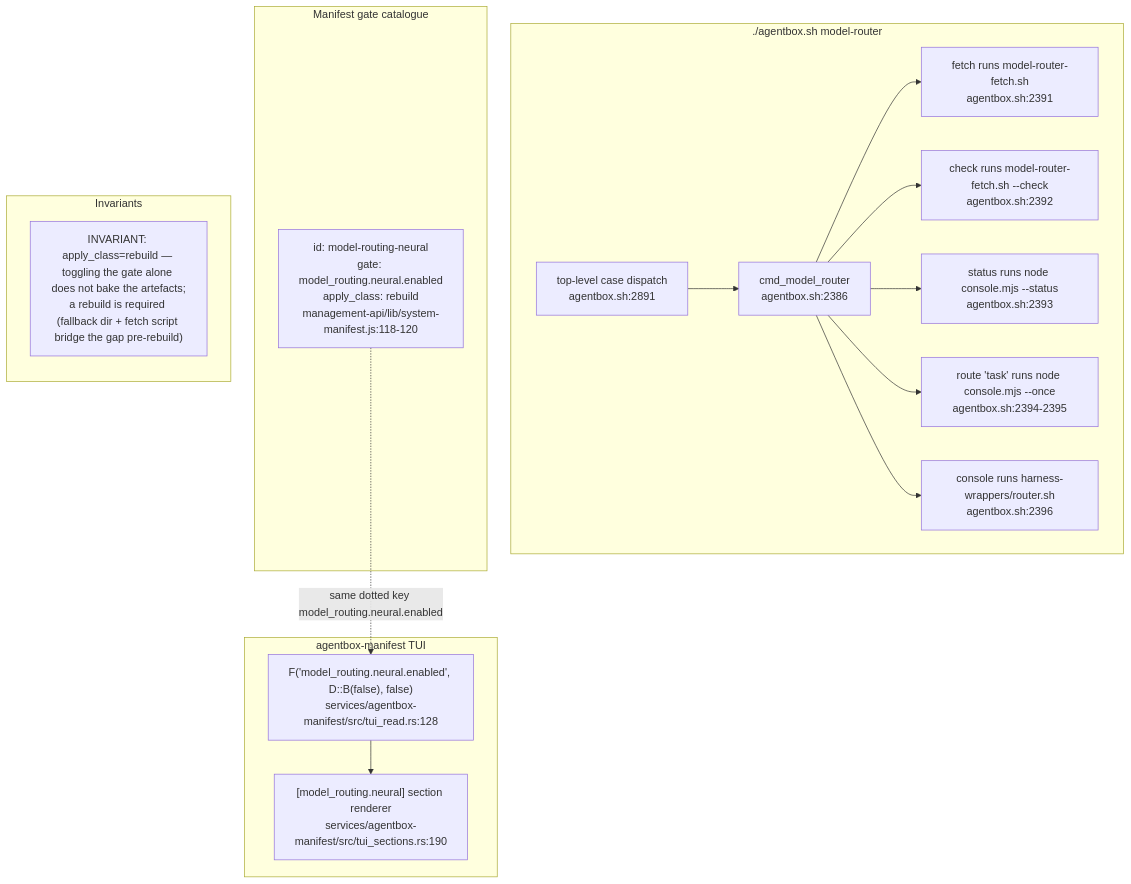
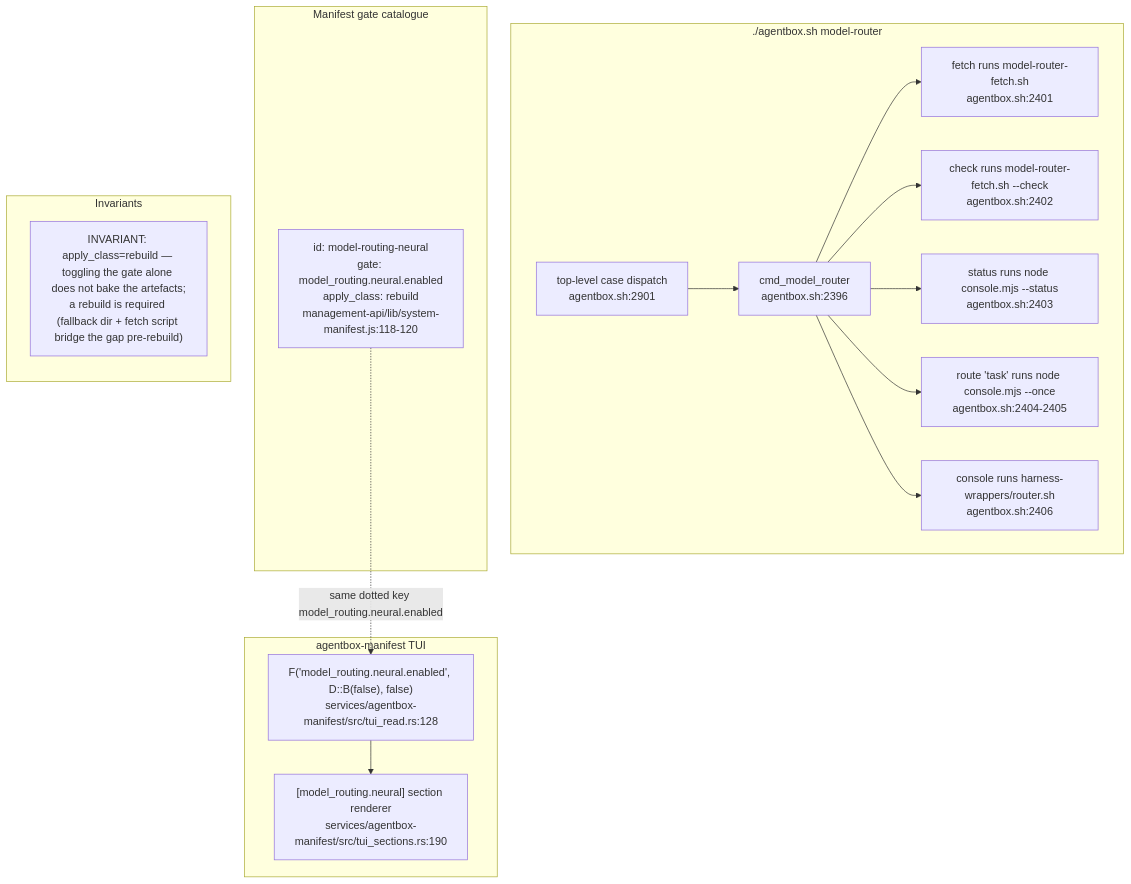
Before and after one commit to DreamLab-AI/VisionFlow: the eighth of 9 diagrams in docs/diagrams/agentbox/29-metaharness-router-console.md, drawn with Mermaid. The commit also changed other lines of this file and 7 other files, not shown here.

````diff
--- a/docs/diagrams/agentbox/29-metaharness-router-console.md
+++ b/docs/diagrams/agentbox/29-metaharness-router-console.md
@@ -281,32 +281,32 @@
 ```mermaid
 flowchart TB
     subgraph cli["./agentbox.sh model-router <sub>"]
-        CMD["cmd_model_router<br/>agentbox.sh:2386"]
-        FETCH2["fetch runs model-router-fetch.sh<br/>agentbox.sh:2391"]
-        CHECK2["check runs model-router-fetch.sh --check<br/>agentbox.sh:2392"]
-        STATUS2["status runs node console.mjs --status<br/>agentbox.sh:2393"]
-        ROUTE2["route 'task' runs node console.mjs --once<br/>agentbox.sh:2394-2395"]
-        CONSOLE2["console runs harness-wrappers/router.sh<br/>agentbox.sh:2396"]
-        DISPATCH["top-level case dispatch<br/>agentbox.sh:2891"]
+        CMD["cmd_model_router<br/>agentbox.sh:2396"]
+        FETCH2["fetch runs model-router-fetch.sh<br/>agentbox.sh:2401"]
+        CHECK2["check runs model-router-fetch.sh --check<br/>agentbox.sh:2402"]
+        STATUS2["status runs node console.mjs --status<br/>agentbox.sh:2403"]
+        ROUTE2["route 'task' runs node console.mjs --once<br/>agentbox.sh:2404-2405"]
+        CONSOLE2["console runs harness-wrappers/router.sh<br/>agentbox.sh:2406"]
+        DISPATCH["top-level case dispatch<br/>agentbox.sh:2901"]
     end
     subgraph catalogue["Manifest gate catalogue"]
         GATE["id: model-routing-neural<br/>gate: model_routing.neural.enabled<br/>apply_class: rebuild<br/>management-api/lib/system-manifest.js:118-120"]
     end
     subgraph tui["agentbox-manifest TUI"]
         READ["F('model_routing.neural.enabled', D::B(false), false)<br/>services/agentbox-manifest/src/tui_read.rs:128"]
         RENDER["[model_routing.neural] section renderer<br/>services/agentbox-manifest/src/tui_sections.rs:190"]
     end
     DISPATCH --> CMD
     CMD --> FETCH2
     CMD --> CHECK2
     CMD --> STATUS2
     CMD --> ROUTE2
     CMD --> CONSOLE2
     GATE -.->|"same dotted key model_routing.neural.enabled"| READ
     READ --> RENDER
     subgraph notes["Invariants"]
         direction TB
         N1["INVARIANT: apply_class=rebuild — toggling the gate alone does not bake the artefacts;<br/>a rebuild is required (fallback dir + fetch script bridge the gap pre-rebuild)"]
         N1
     end
 ```
````
